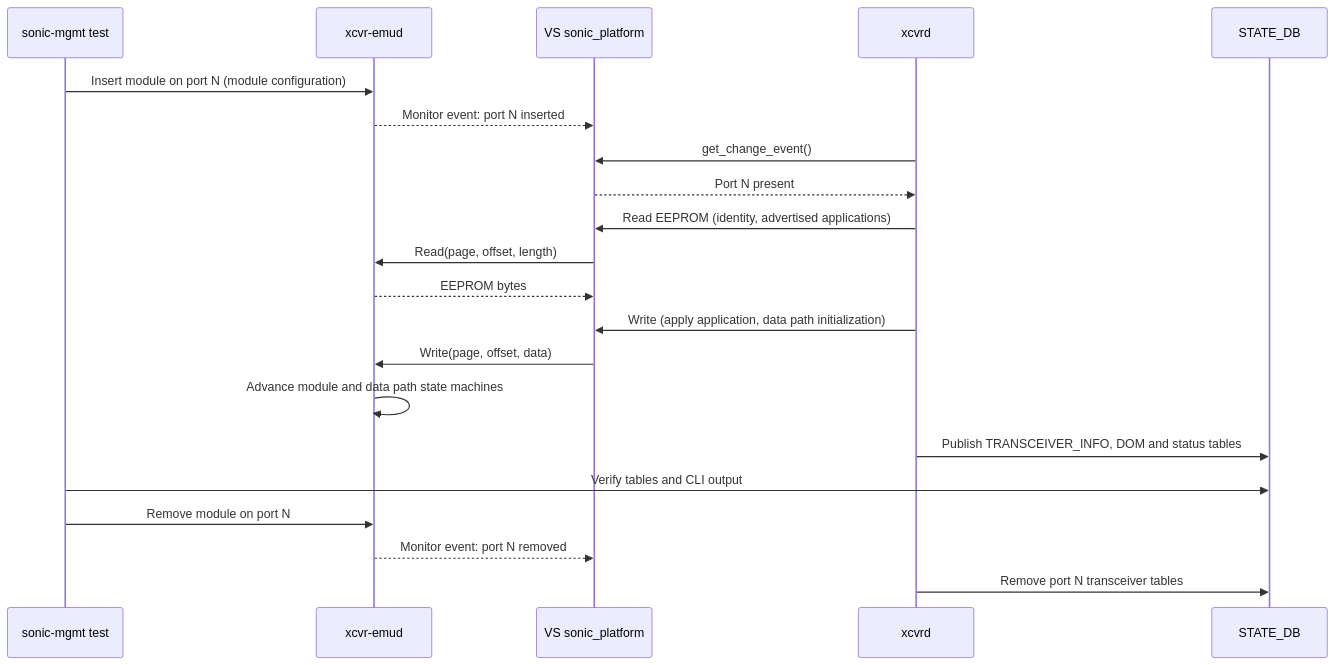
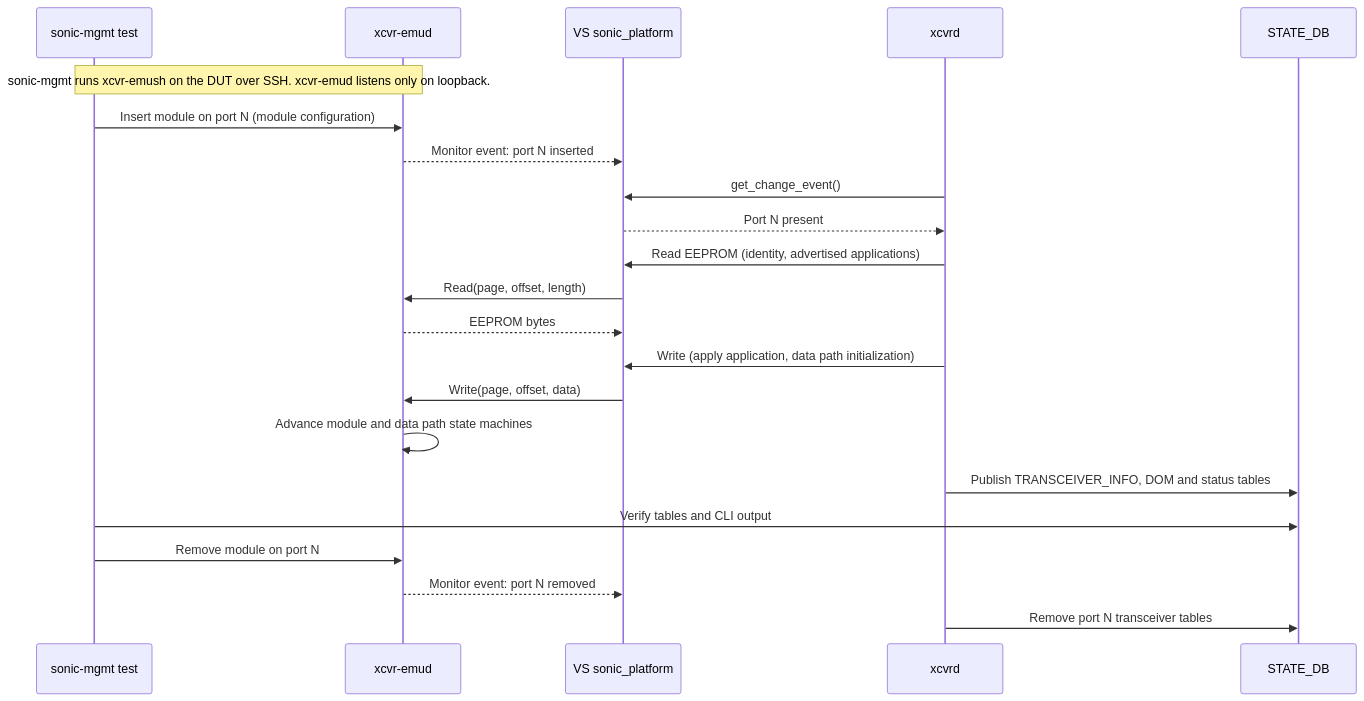
Before and after one commit to sonic-net/SONiC: the second of 2 diagrams in doc/xcvr-emu/xcvr-emu-ci-hld.md, drawn with Mermaid. The commit also changed other lines of this file, not shown here.

First line of the commit message:
[doc]: Address xcvr-emu CI HLD review comments

````diff
--- a/doc/xcvr-emu/xcvr-emu-ci-hld.md
+++ b/doc/xcvr-emu/xcvr-emu-ci-hld.md
@@ -273,23 +278,24 @@
 ```mermaid
 sequenceDiagram
     participant T as sonic-mgmt test
     participant E as xcvr-emud
     participant P as VS sonic_platform
     participant X as xcvrd
     participant D as STATE_DB
+    Note over T,E: sonic-mgmt runs xcvr-emush on the DUT over SSH. xcvr-emud listens only on loopback.
     T->>E: Insert module on port N (module configuration)
     E-->>P: Monitor event: port N inserted
     X->>P: get_change_event()
     P-->>X: Port N present
     X->>P: Read EEPROM (identity, advertised applications)
     P->>E: Read(page, offset, length)
     E-->>P: EEPROM bytes
     X->>P: Write (apply application, data path initialization)
     P->>E: Write(page, offset, data)
     E->>E: Advance module and data path state machines
     X->>D: Publish TRANSCEIVER_INFO, DOM and status tables
     T->>D: Verify tables and CLI output
     T->>E: Remove module on port N
     E-->>P: Monitor event: port N removed
     X->>D: Remove port N transceiver tables
 ```
````
